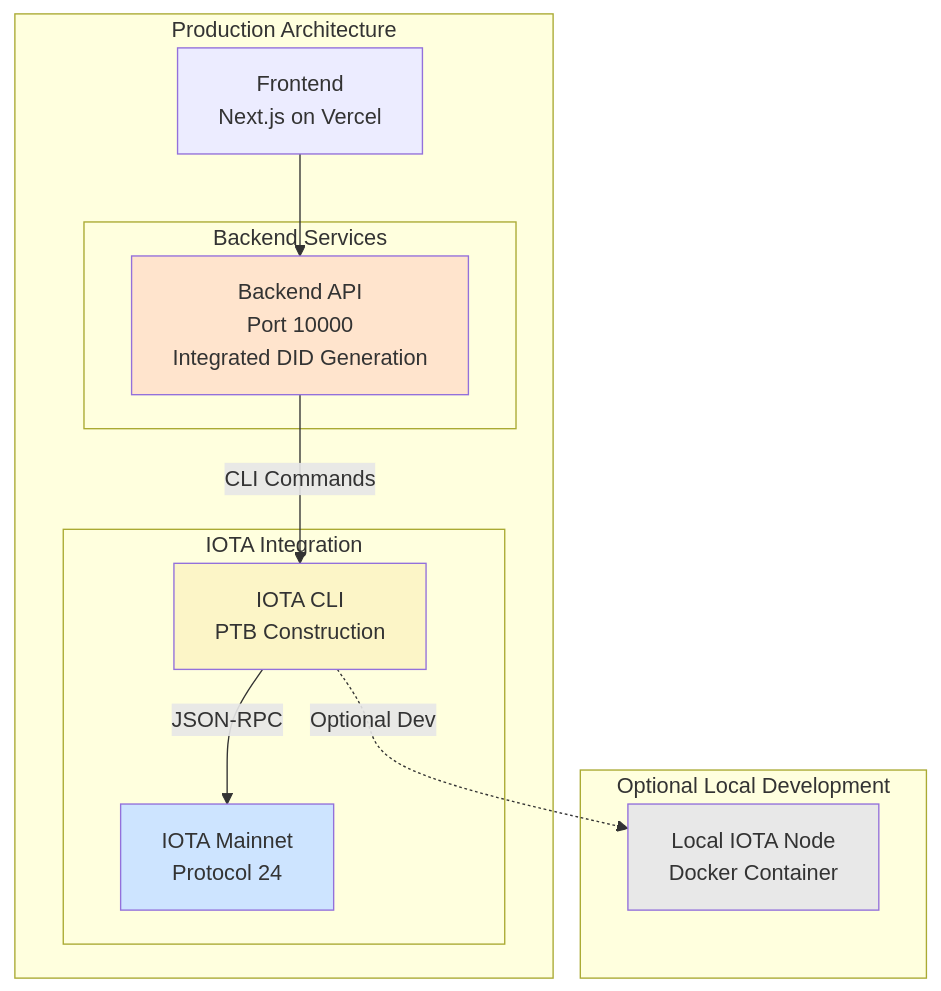
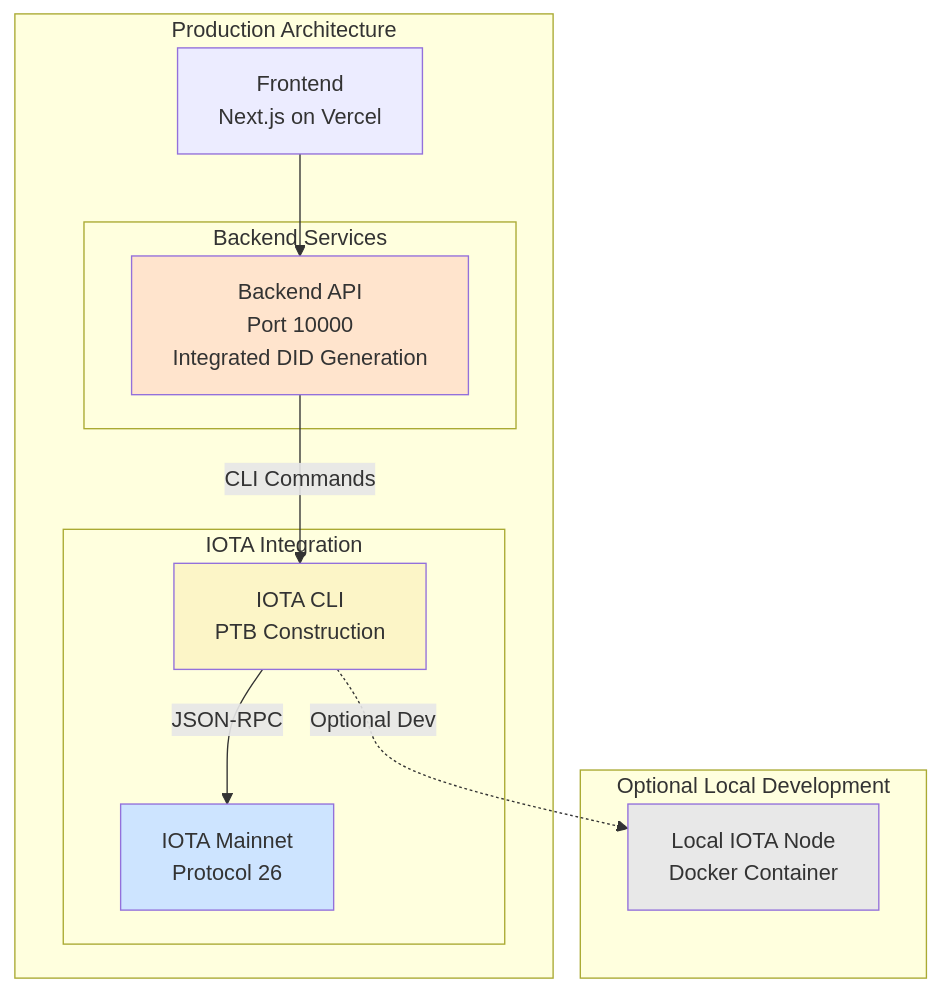
The diagram in 03_IOTA_Node_And_Network.md (theweboftrust/wot.id-public-docs), drawn with Mermaid before and after one commit. The commit also changed other lines of this file and 10 other files, not shown here.

````diff
--- a/03_IOTA_Node_And_Network.md
+++ b/03_IOTA_Node_And_Network.md
@@ -149,29 +158,29 @@
 ```mermaid
 graph TD
     subgraph "Production Architecture"
         Frontend[Frontend<br/>Next.js on Vercel]
 
         subgraph "Backend Services"
             Backend[Backend API<br/>Port 10000<br/>Integrated DID Generation]
         end
 
         subgraph "IOTA Integration"
             IOTA_CLI[IOTA CLI<br/>PTB Construction]
-            Mainnet[IOTA Mainnet<br/>Protocol 24]
+            Mainnet[IOTA Mainnet<br/>Protocol 26]
         end
     end
 
     subgraph "Optional Local Development"
         IOTA_Local[Local IOTA Node<br/>Docker Container]
     end
 
     Frontend --> Backend
     Backend -- "CLI Commands" --> IOTA_CLI
     IOTA_CLI -- "JSON-RPC" --> Mainnet
     IOTA_CLI -. "Optional Dev" .-> IOTA_Local
 
     style Mainnet fill:#cde4ff
     style Backend fill:#ffe4cd
     style IOTA_CLI fill:#fcf5c7
     style IOTA_Local fill:#e8e8e8
 ```
````
